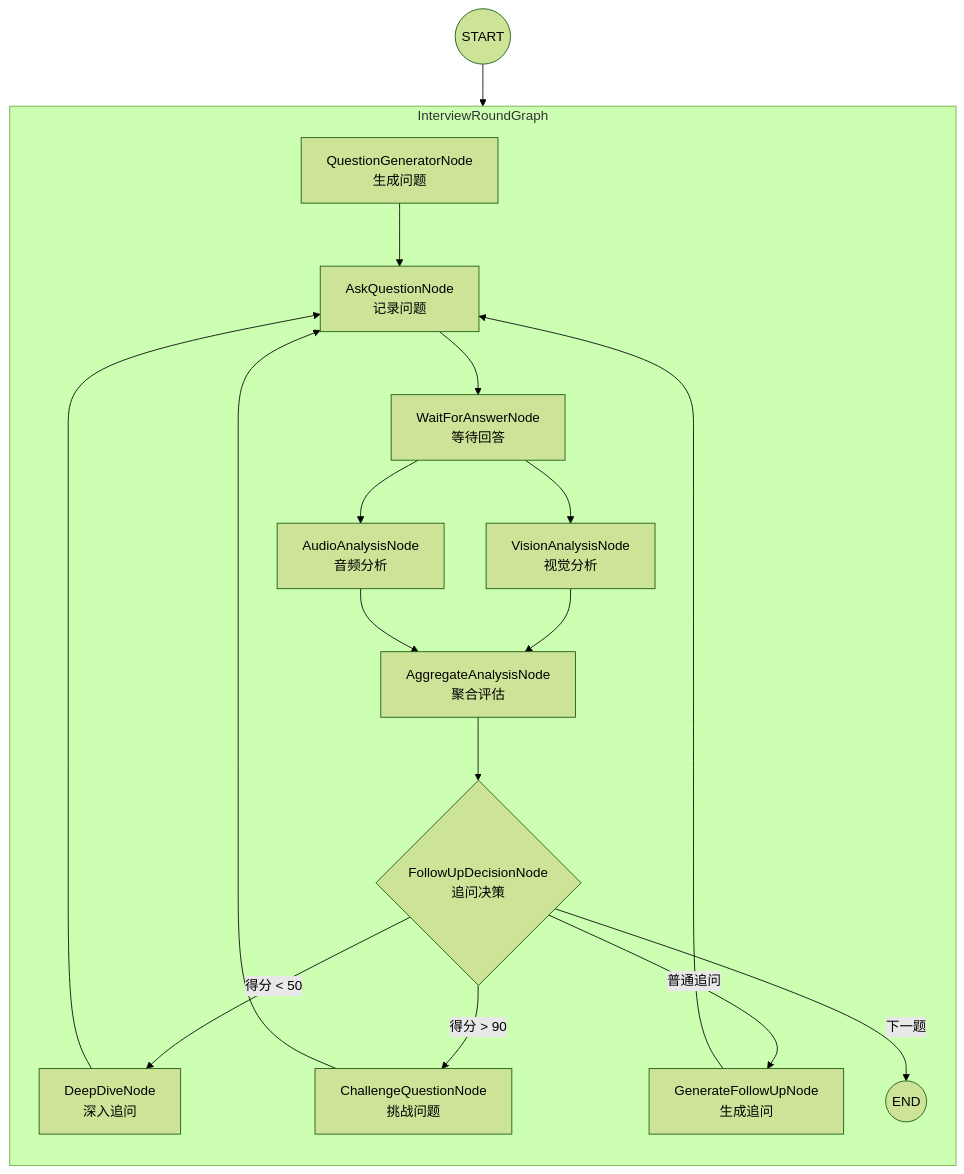
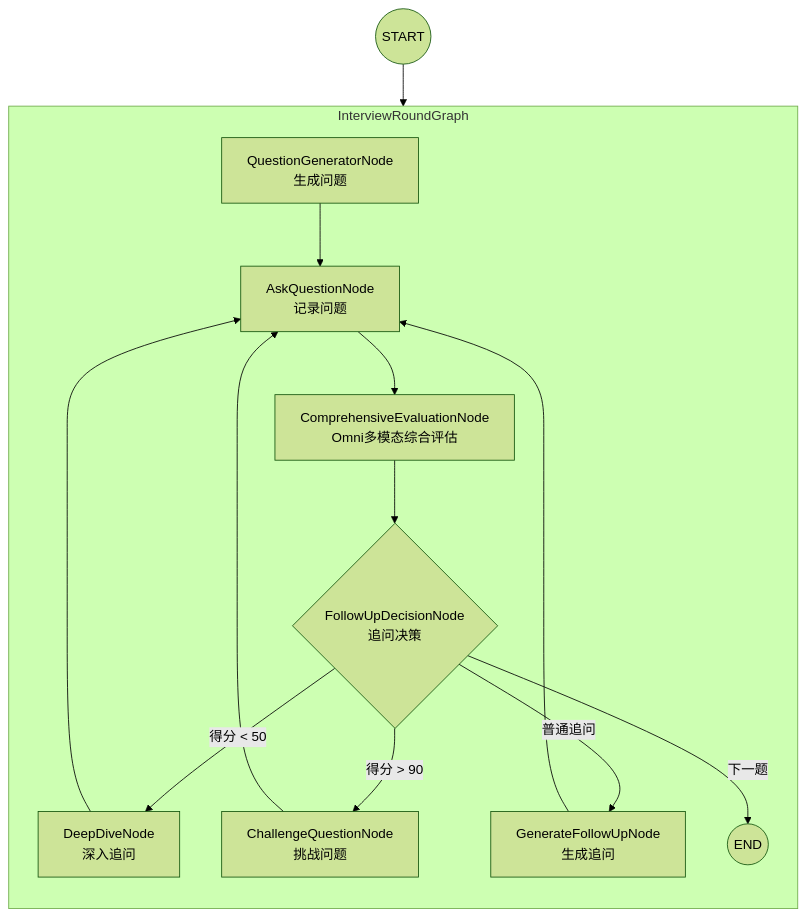
The second of 4 diagrams in README.md (zunff/interview-agent), drawn with Mermaid (forest theme) before and after one commit. The commit also changed other lines of this file and 33 other files, not shown here.

````diff
--- a/README.md
+++ b/README.md
@@ -60,30 +60,24 @@
 ```mermaid
 graph TD
     SUB_START((START))
 
     subgraph 子图["InterviewRoundGraph"]
         direction TD
         GEN[QuestionGeneratorNode<br/>生成问题] --> ASK[AskQuestionNode<br/>记录问题]
 
-        ASK --> WAIT[WaitForAnswerNode<br/>等待回答]
+        ASK --> EVAL[ComprehensiveEvaluationNode<br/>Omni多模态综合评估]
 
-        WAIT --> VISION[VisionAnalysisNode<br/>视觉分析]
-        WAIT --> AUDIO[AudioAnalysisNode<br/>音频分析]
-
-        VISION --> AGG[AggregateAnalysisNode<br/>聚合评估]
-        AUDIO --> AGG
-
-        AGG --> DECISION{FollowUpDecisionNode<br/>追问决策}
+        EVAL --> DECISION{FollowUpDecisionNode<br/>追问决策}
 
         DECISION -->|得分 < 50| DEEP[DeepDiveNode<br/>深入追问]
         DECISION -->|得分 > 90| CHALLENGE[ChallengeQuestionNode<br/>挑战问题]
         DECISION -->|普通追问| FOLLOW[GenerateFollowUpNode<br/>生成追问]
         DECISION -->|下一题| SUB_END((END))
 
         DEEP --> ASK
         CHALLENGE --> ASK
         FOLLOW --> ASK
     end
 
     SUB_START --> GEN
 ```
````
